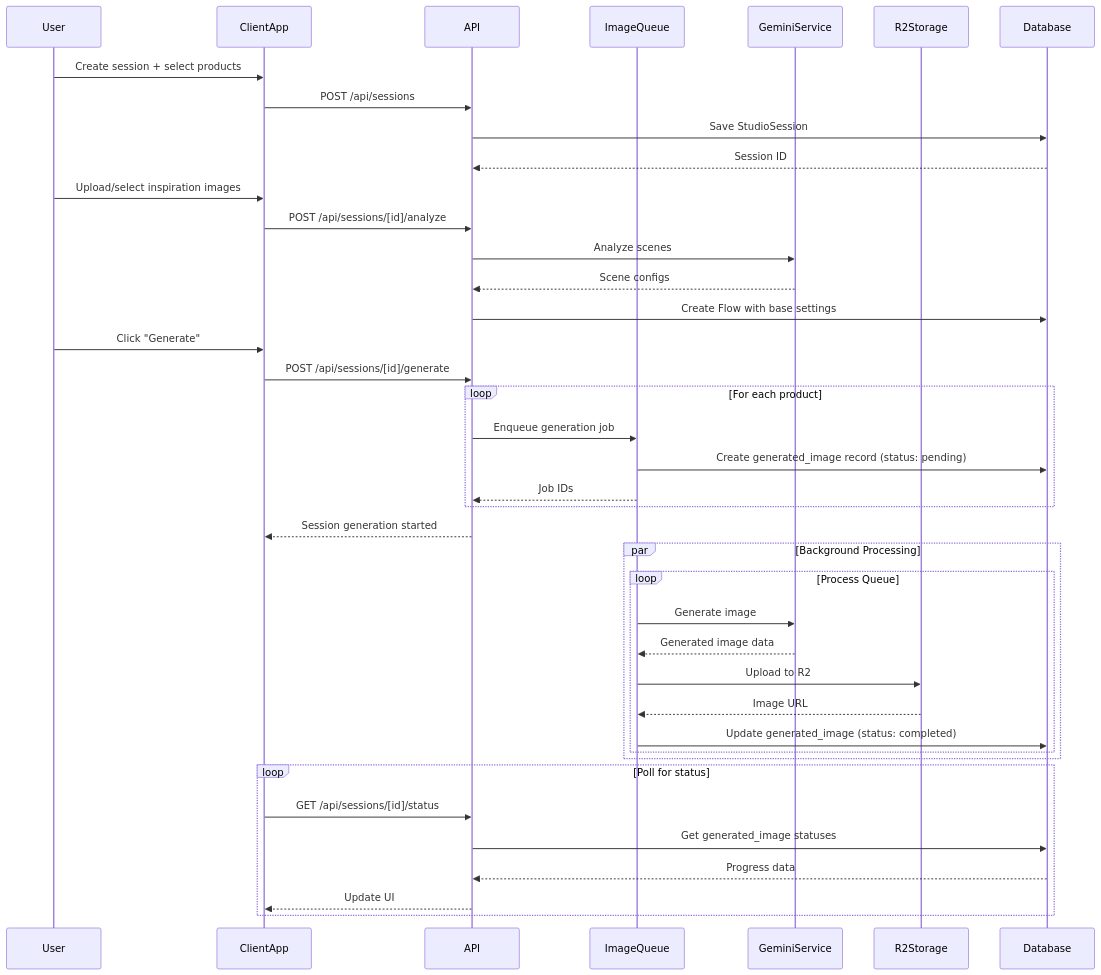
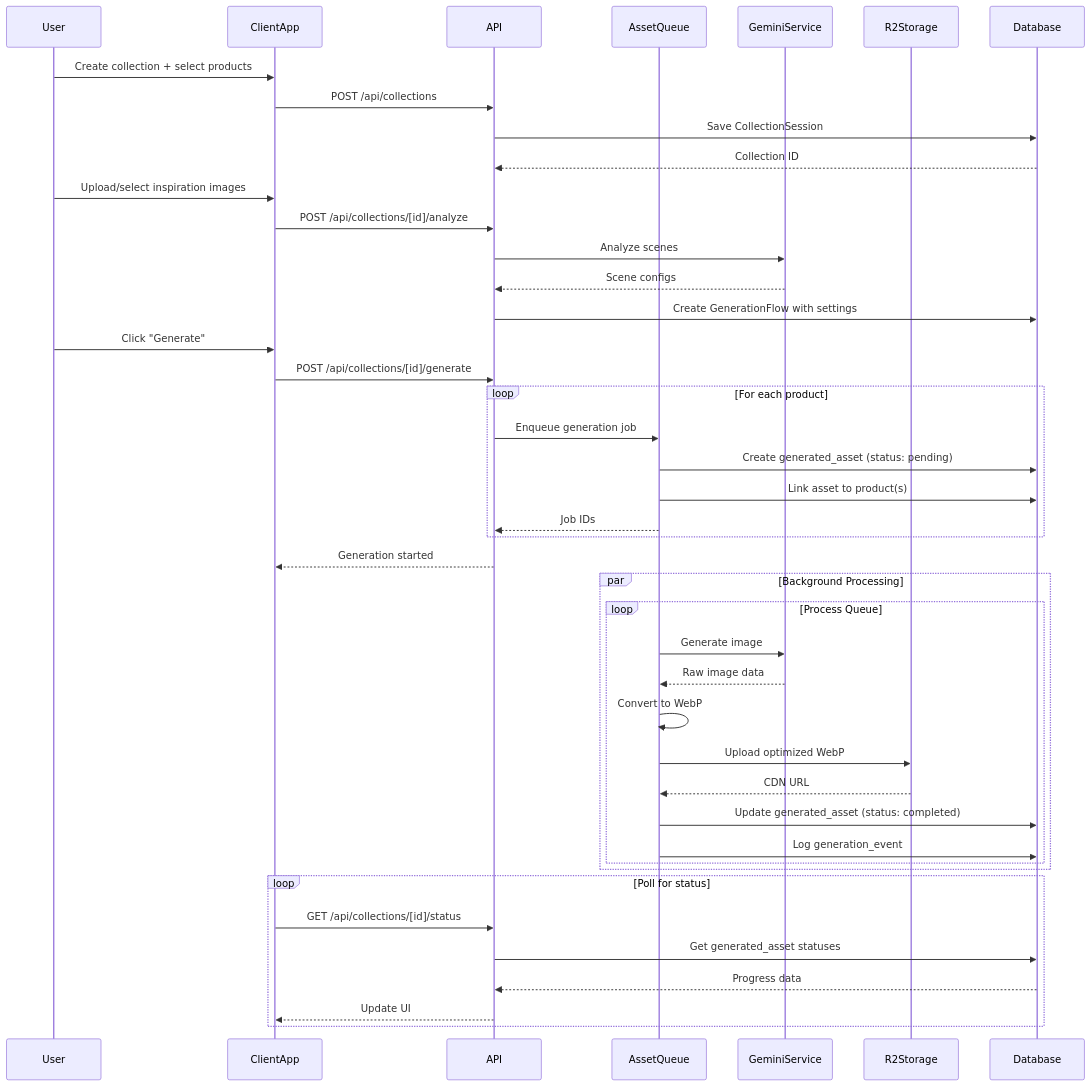
The second of 3 diagrams in apps/scenergy-visualizer/design-log/001-architecture-infrastructure.md (shlior7/epox-monorepo), drawn with Mermaid before and after one commit. The commit also changed other lines of this file and 11 other files, not shown here.

````diff
--- a/apps/scenergy-visualizer/design-log/001-architecture-infrastructure.md
+++ b/apps/scenergy-visualizer/design-log/001-architecture-infrastructure.md
@@ -205,49 +528,52 @@
 ```mermaid
 sequenceDiagram
     participant User
     participant ClientApp
     participant API
-    participant ImageQueue
+    participant AssetQueue
     participant GeminiService
     participant R2Storage
     participant Database
 
-    User->>ClientApp: Create session + select products
-    ClientApp->>API: POST /api/sessions
-    API->>Database: Save StudioSession
-    Database-->>API: Session ID
+    User->>ClientApp: Create collection + select products
+    ClientApp->>API: POST /api/collections
+    API->>Database: Save CollectionSession
+    Database-->>API: Collection ID
 
     User->>ClientApp: Upload/select inspiration images
-    ClientApp->>API: POST /api/sessions/[id]/analyze
+    ClientApp->>API: POST /api/collections/[id]/analyze
     API->>GeminiService: Analyze scenes
     GeminiService-->>API: Scene configs
-    API->>Database: Create Flow with base settings
+    API->>Database: Create GenerationFlow with settings
 
     User->>ClientApp: Click "Generate"
-    ClientApp->>API: POST /api/sessions/[id]/generate
+    ClientApp->>API: POST /api/collections/[id]/generate
 
     loop For each product
-        API->>ImageQueue: Enqueue generation job
-        ImageQueue->>Database: Create generated_image record (status: pending)
-        ImageQueue-->>API: Job IDs
+        API->>AssetQueue: Enqueue generation job
+        AssetQueue->>Database: Create generated_asset (status: pending)
+        AssetQueue->>Database: Link asset to product(s)
+        AssetQueue-->>API: Job IDs
     end
 
-    API-->>ClientApp: Session generation started
+    API-->>ClientApp: Generation started
 
     par Background Processing
         loop Process Queue
-            ImageQueue->>GeminiService: Generate image
-            GeminiService-->>ImageQueue: Generated image data
-            ImageQueue->>R2Storage: Upload to R2
-            R2Storage-->>ImageQueue: Image URL
-            ImageQueue->>Database: Update generated_image (status: completed)
+            AssetQueue->>GeminiService: Generate image
+            GeminiService-->>AssetQueue: Raw image data
+            AssetQueue->>AssetQueue: Convert to WebP
+            AssetQueue->>R2Storage: Upload optimized WebP
+            R2Storage-->>AssetQueue: CDN URL
+            AssetQueue->>Database: Update generated_asset (status: completed)
+            AssetQueue->>Database: Log generation_event
         end
     end
 
     loop Poll for status
-        ClientApp->>API: GET /api/sessions/[id]/status
-        API->>Database: Get generated_image statuses
+        ClientApp->>API: GET /api/collections/[id]/status
+        API->>Database: Get generated_asset statuses
         Database-->>API: Progress data
         API-->>ClientApp: Update UI
     end
 ```
````
